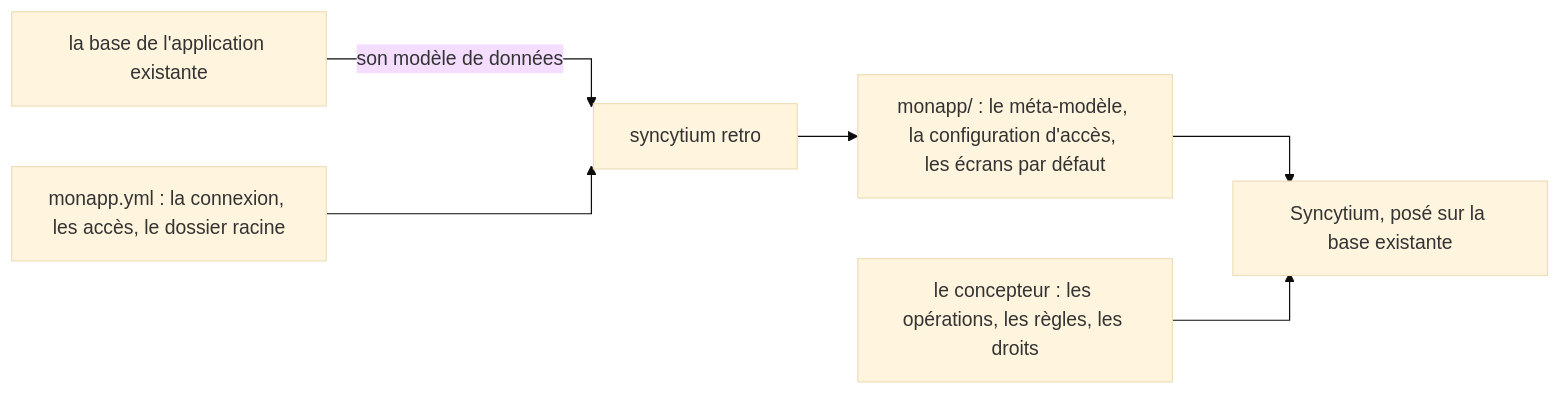
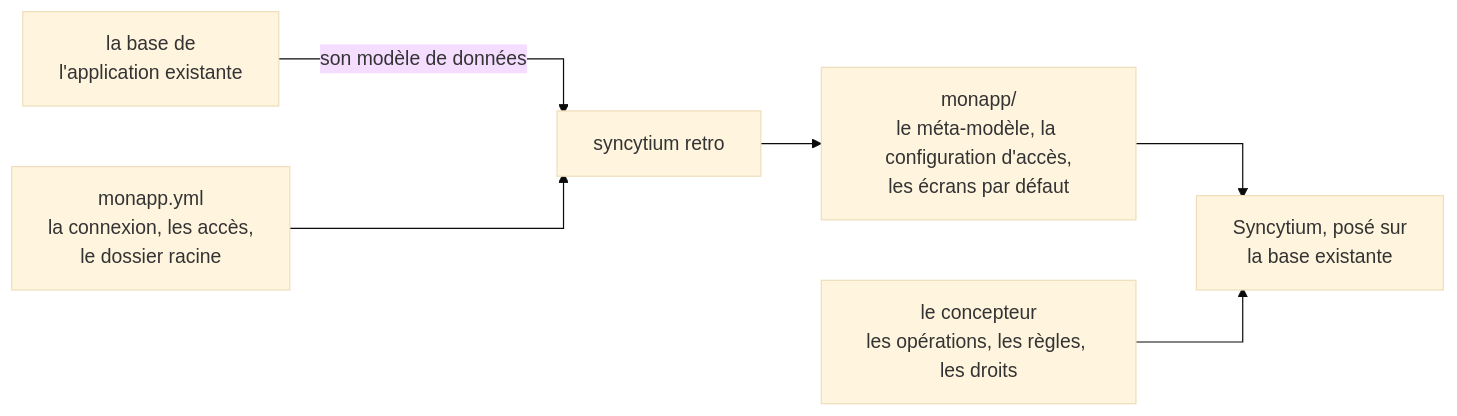
The diagram in docs/syncytium/08-migration/08-retro-conception.md (AymericLesert/Syncytium), drawn with Mermaid (base theme) before and after one commit. The commit also changed 9 other files, not shown here.

````diff
--- a/docs/syncytium/08-migration/08-retro-conception.md
+++ b/docs/syncytium/08-migration/08-retro-conception.md
@@ -76,15 +76,15 @@
 ```mermaid
 %%{init: {"flowchart": {"curve": "stepAfter"}}}%%
 flowchart LR
-    B["la base de l'application existante"]
-    F["monapp.yml : la connexion, les accès, le dossier racine"]
+    B["la base de<br/>l'application existante"]
+    F["monapp.yml<br/>la connexion, les accès,<br/>le dossier racine"]
     R["syncytium retro"]
-    C["monapp/ : le méta-modèle, la configuration d'accès, les écrans par défaut"]
-    M["le concepteur : les opérations, les règles, les droits"]
-    S["Syncytium, posé sur la base existante"]
+    C["monapp/<br/>le méta-modèle, la configuration d'accès,<br/>les écrans par défaut"]
+    M["le concepteur<br/>les opérations, les règles, les droits"]
+    S["Syncytium, posé sur<br/>la base existante"]
     B -- "son modèle de données" --> R
     F --> R
     R --> C
     C --> S
     M --> S
 ```
````
